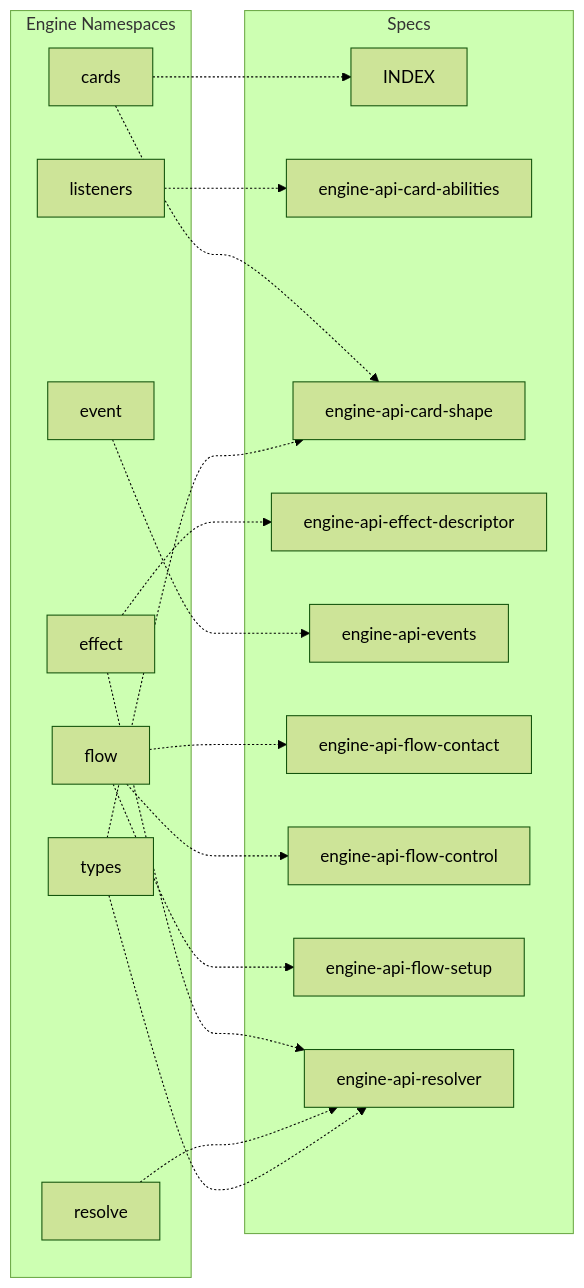
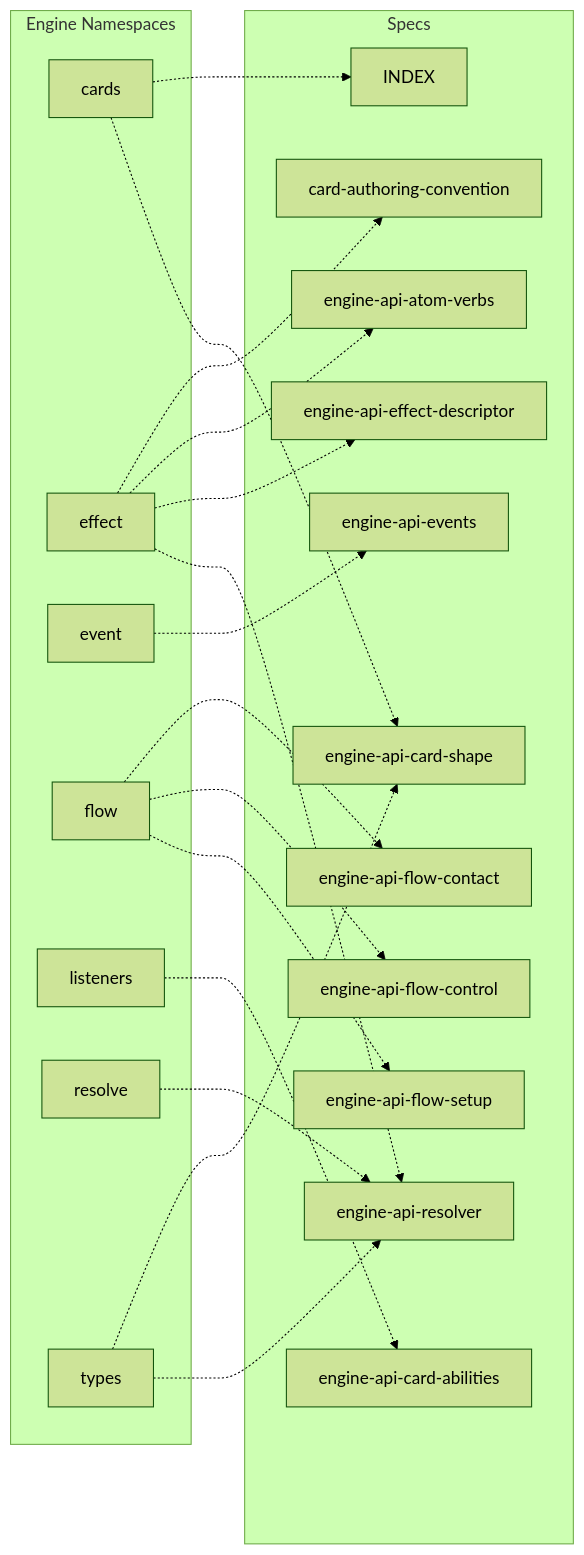
Before and after one commit to orihekat78/TCGApp: the diagram in .claude/auto/mapping/graph-specs.md, drawn with Mermaid (forest theme). The commit also changed other lines of this file and 67 other files, not shown here.

First line of the commit message:
refactor(engine): 短縮形を ATOM_PICK_SPEC + buildShortFormPick に一本化 (Task2.2-2.3, 動作不変)

````diff
--- a/.claude/auto/mapping/graph-specs.md
+++ b/.claude/auto/mapping/graph-specs.md
@@ -9,35 +9,39 @@
 ```mermaid
 flowchart LR
   subgraph engine["Engine Namespaces"]
     NS_cards["cards"]
     NS_effect["effect"]
     NS_event["event"]
     NS_flow["flow"]
     NS_listeners["listeners"]
     NS_resolve["resolve"]
     NS_types["types"]
   end
   subgraph specs["Specs"]
+    S_card_authoring_convention_md["card-authoring-convention"]
     S_cards_data_INDEX_md["INDEX"]
+    S_engine_api_atom_verbs_md["engine-api-atom-verbs"]
     S_engine_api_card_abilities_md["engine-api-card-abilities"]
     S_engine_api_card_shape_md["engine-api-card-shape"]
     S_engine_api_effect_descriptor_md["engine-api-effect-descriptor"]
     S_engine_api_events_md["engine-api-events"]
     S_engine_api_flow_contact_md["engine-api-flow-contact"]
     S_engine_api_flow_control_md["engine-api-flow-control"]
     S_engine_api_flow_setup_md["engine-api-flow-setup"]
     S_engine_api_resolver_md["engine-api-resolver"]
   end
   NS_cards -.-> S_cards_data_INDEX_md
   NS_cards -.-> S_engine_api_card_shape_md
+  NS_effect -.-> S_card_authoring_convention_md
+  NS_effect -.-> S_engine_api_atom_verbs_md
   NS_effect -.-> S_engine_api_effect_descriptor_md
   NS_effect -.-> S_engine_api_resolver_md
   NS_event -.-> S_engine_api_events_md
   NS_flow -.-> S_engine_api_flow_contact_md
   NS_flow -.-> S_engine_api_flow_control_md
   NS_flow -.-> S_engine_api_flow_setup_md
   NS_listeners -.-> S_engine_api_card_abilities_md
   NS_resolve -.-> S_engine_api_resolver_md
   NS_types -.-> S_engine_api_card_shape_md
   NS_types -.-> S_engine_api_resolver_md
 ```
````
